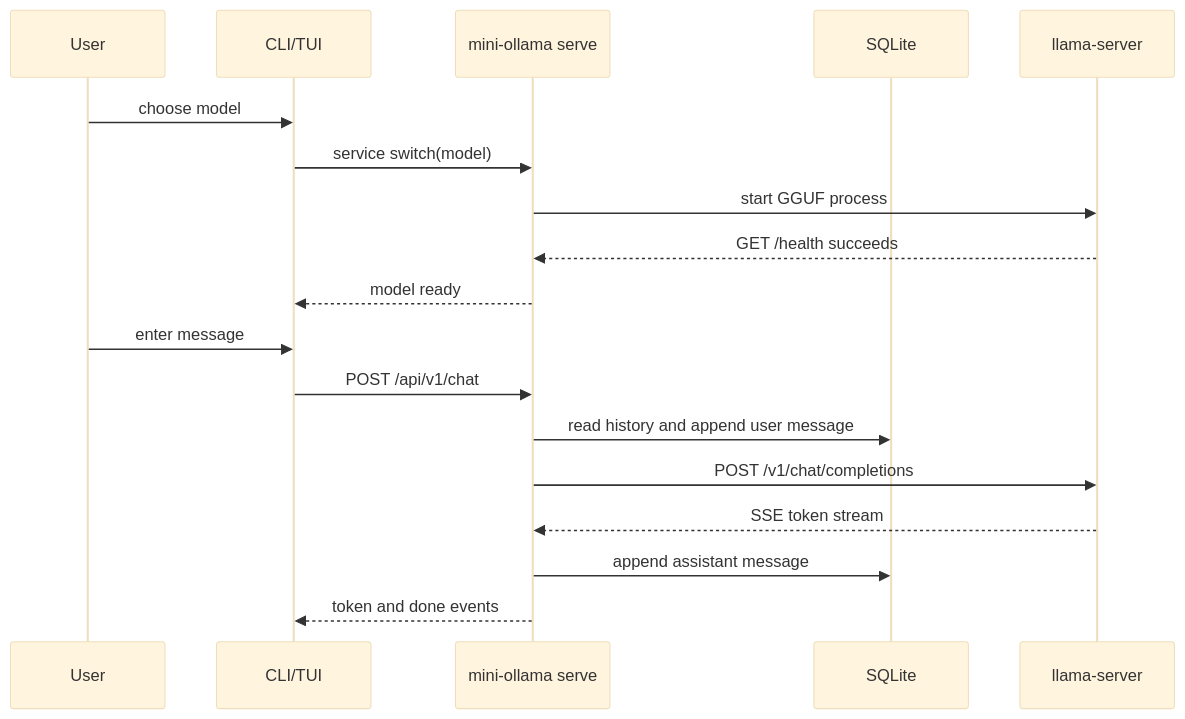
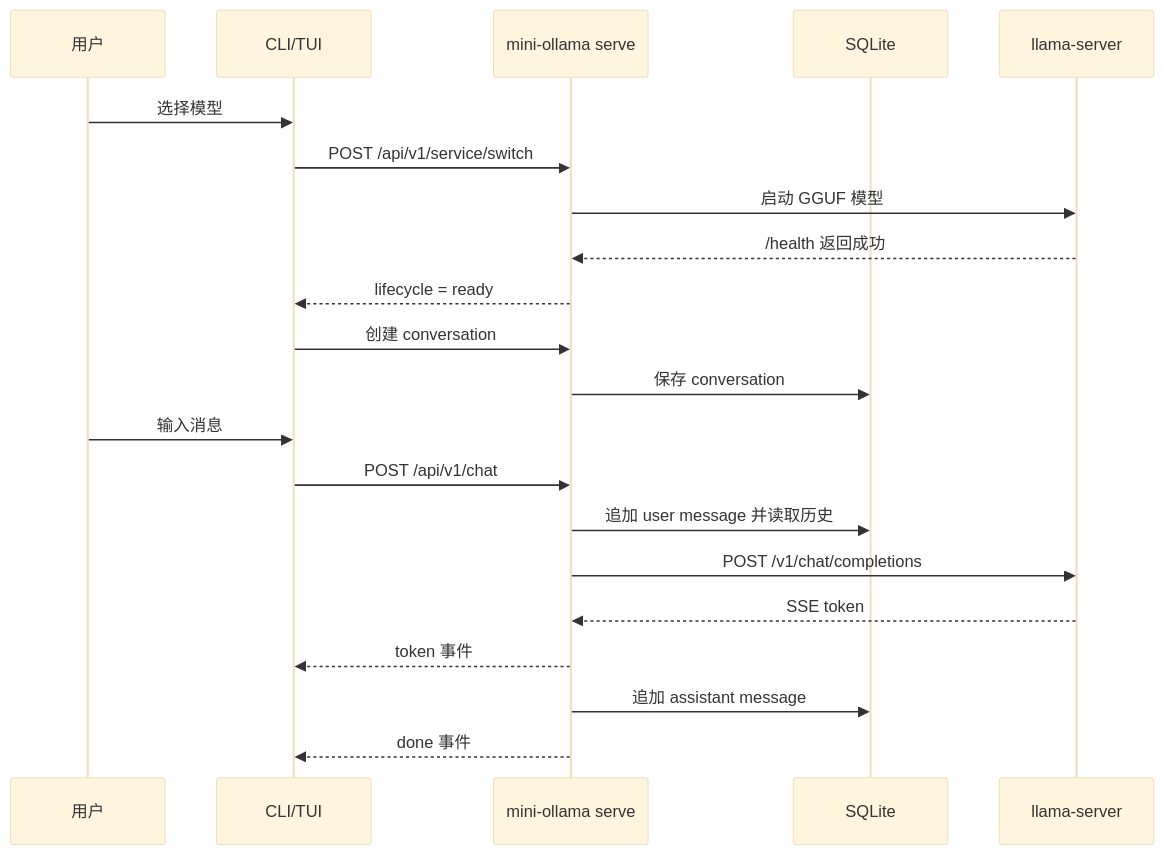
One commit to LulietLyan/mini-ollama changed the second of 2 diagrams in README.md. Above: the diagram before and after it, drawn with Mermaid (base theme). The commit also changed other lines of this file, not shown here.

````diff
--- a/README.md
+++ b/README.md
@@ -40,21 +109,25 @@
 ```mermaid
 sequenceDiagram
-    participant User
+    participant User as 用户
     participant Client as CLI/TUI
     participant Mini as mini-ollama serve
     participant DB as SQLite
     participant Llama as llama-server
 
-    User->>Client: choose model
-    Client->>Mini: service switch(model)
-    Mini->>Llama: start GGUF process
-    Llama-->>Mini: GET /health succeeds
-    Mini-->>Client: model ready
-    User->>Client: enter message
+    User->>Client: 选择模型
+    Client->>Mini: POST /api/v1/service/switch
+    Mini->>Llama: 启动 GGUF 模型
+    Llama-->>Mini: /health 返回成功
+    Mini-->>Client: lifecycle = ready
+
+    Client->>Mini: 创建 conversation
+    Mini->>DB: 保存 conversation
+    User->>Client: 输入消息
     Client->>Mini: POST /api/v1/chat
-    Mini->>DB: read history and append user message
+    Mini->>DB: 追加 user message 并读取历史
     Mini->>Llama: POST /v1/chat/completions
-    Llama-->>Mini: SSE token stream
-    Mini->>DB: append assistant message
-    Mini-->>Client: token and done events
+    Llama-->>Mini: SSE token
+    Mini-->>Client: token 事件
+    Mini->>DB: 追加 assistant message
+    Mini-->>Client: done 事件
 ```
````
